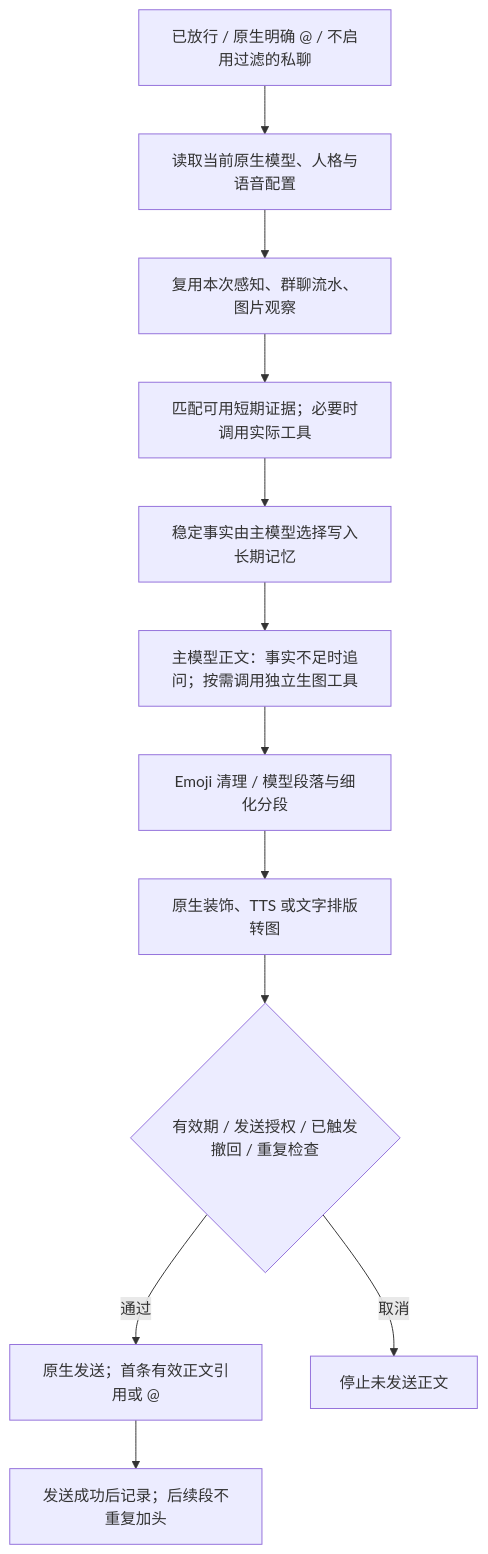
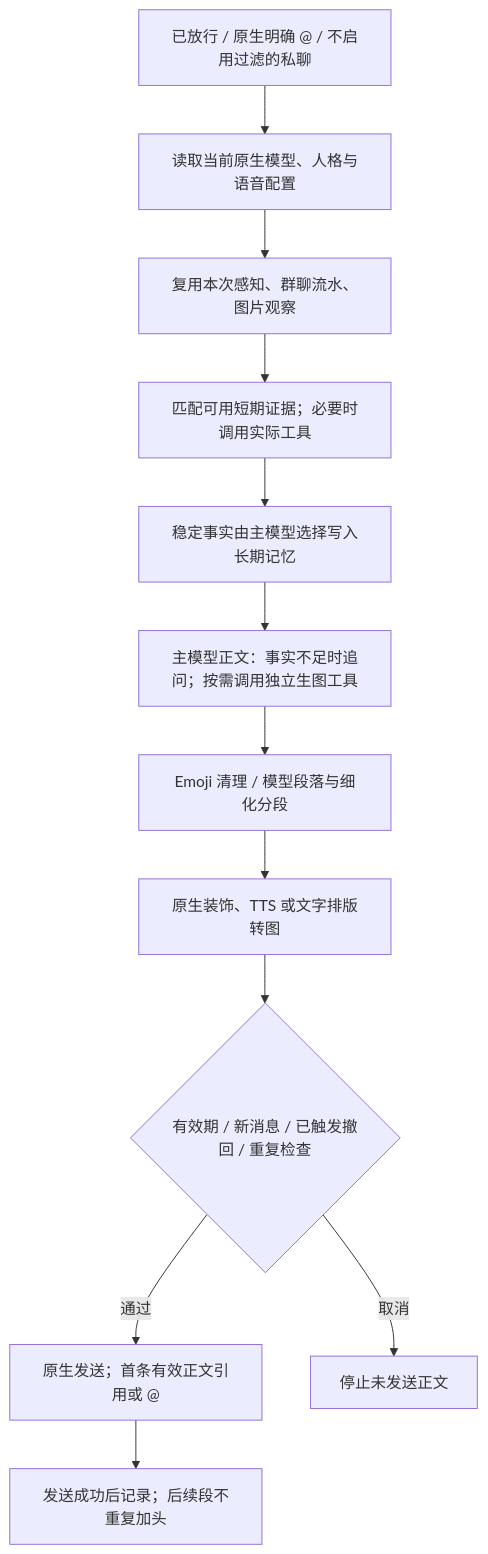
The second of 3 diagrams in docs/architecture.md (AKIhunter/astrbot_plugin_livinghello), drawn with Mermaid before and after one commit. The commit also changed other lines of this file and 42 other files, not shown here.

````diff
--- a/docs/architecture.md
+++ b/docs/architecture.md
@@ -36,14 +36,14 @@
 ```mermaid
 flowchart TD
     A["已放行 / 原生明确 @ / 不启用过滤的私聊"] --> B["读取当前原生模型、人格与语音配置"]
     B --> C["复用本次感知、群聊流水、图片观察"]
     C --> D["匹配可用短期证据；必要时调用实际工具"]
     D --> E["稳定事实由主模型选择写入长期记忆"]
     E --> F["主模型正文：事实不足时追问；按需调用独立生图工具"]
     F --> G["Emoji 清理 / 模型段落与细化分段"]
     G --> H["原生装饰、TTS 或文字排版转图"]
-    H --> I{"有效期 / 发送授权 / 已触发撤回 / 重复检查"}
+    H --> I{"有效期 / 新消息 / 已触发撤回 / 重复检查"}
     I -->|通过| J["原生发送；首条有效正文引用或 @"]
     I -->|取消| K["停止未发送正文"]
     J --> L["发送成功后记录；后续段不重复加头"]
 ```
````
